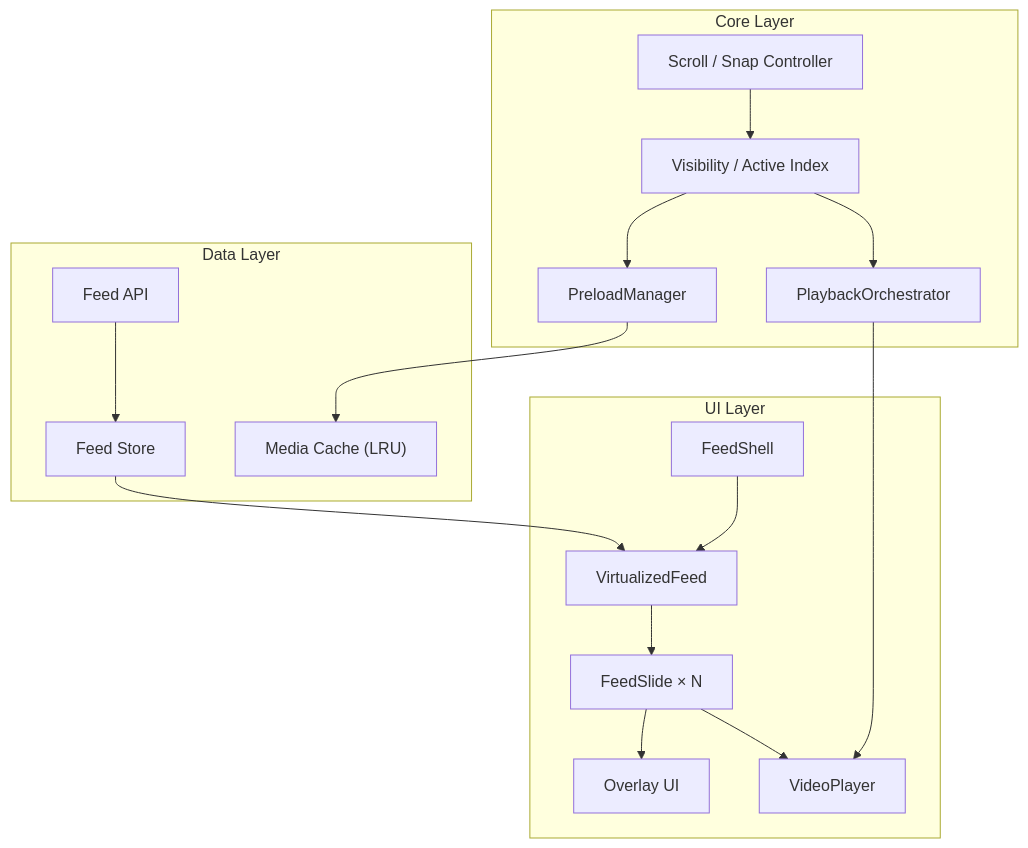
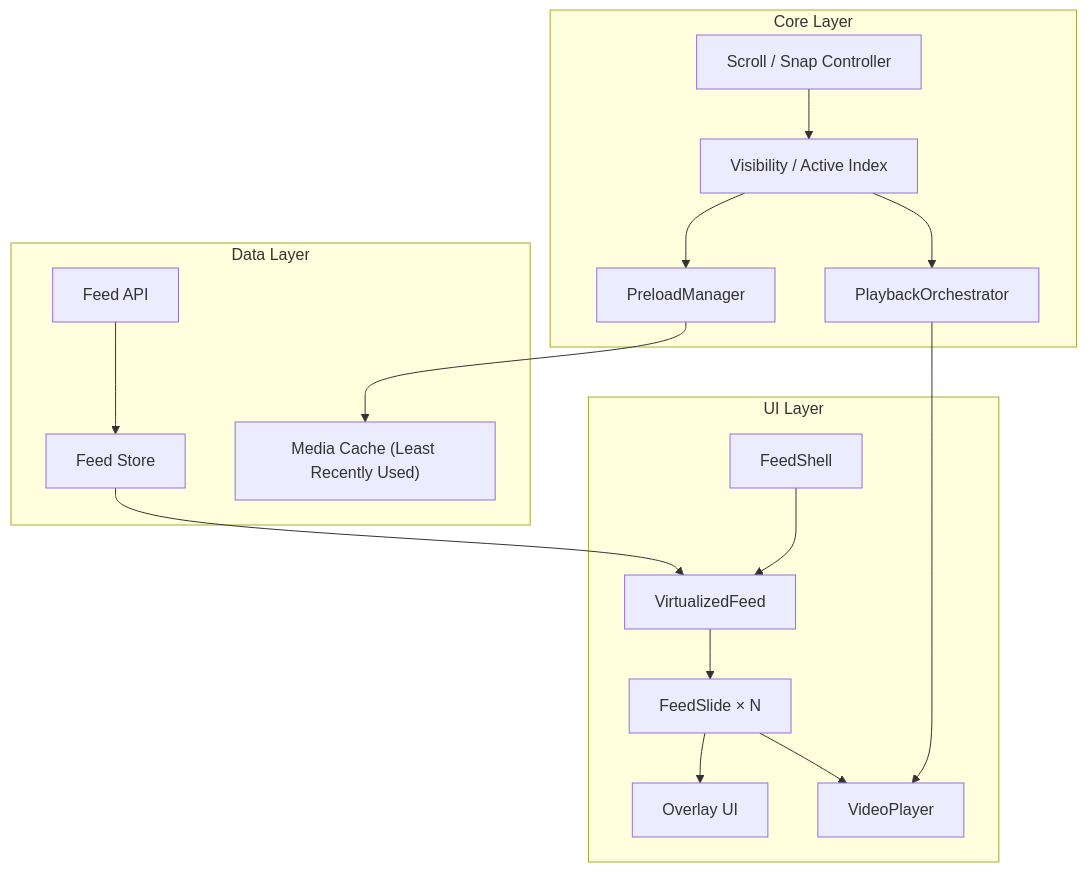
Before and after one commit to braivs/video-feed-test: the first of 2 diagrams in README.md, drawn with Mermaid. The commit also changed other lines of this file, not shown here.

````diff
--- a/README.md
+++ b/README.md
@@ -60,36 +77,36 @@
 ```mermaid
 flowchart TB
     subgraph UI["UI Layer"]
         FeedShell["FeedShell"]
         VirtualList["VirtualizedFeed"]
         Slide["FeedSlide × N"]
         Player["VideoPlayer"]
         Overlay["Overlay UI"]
     end
 
     subgraph Core["Core Layer"]
         ScrollSnap["Scroll / Snap Controller"]
         Visibility["Visibility / Active Index"]
         Preload["PreloadManager"]
         Playback["PlaybackOrchestrator"]
     end
 
     subgraph Data["Data Layer"]
         FeedStore["Feed Store"]
-        MediaCache["Media Cache (LRU)"]
+        MediaCache["Media Cache (Least Recently Used)"]
         API["Feed API"]
     end
 
     FeedShell --> VirtualList
     VirtualList --> Slide
     Slide --> Player
     Slide --> Overlay
 
     ScrollSnap --> Visibility
     Visibility --> Playback
     Visibility --> Preload
     Preload --> MediaCache
     FeedStore --> VirtualList
     API --> FeedStore
     Playback --> Player
 ```
````
